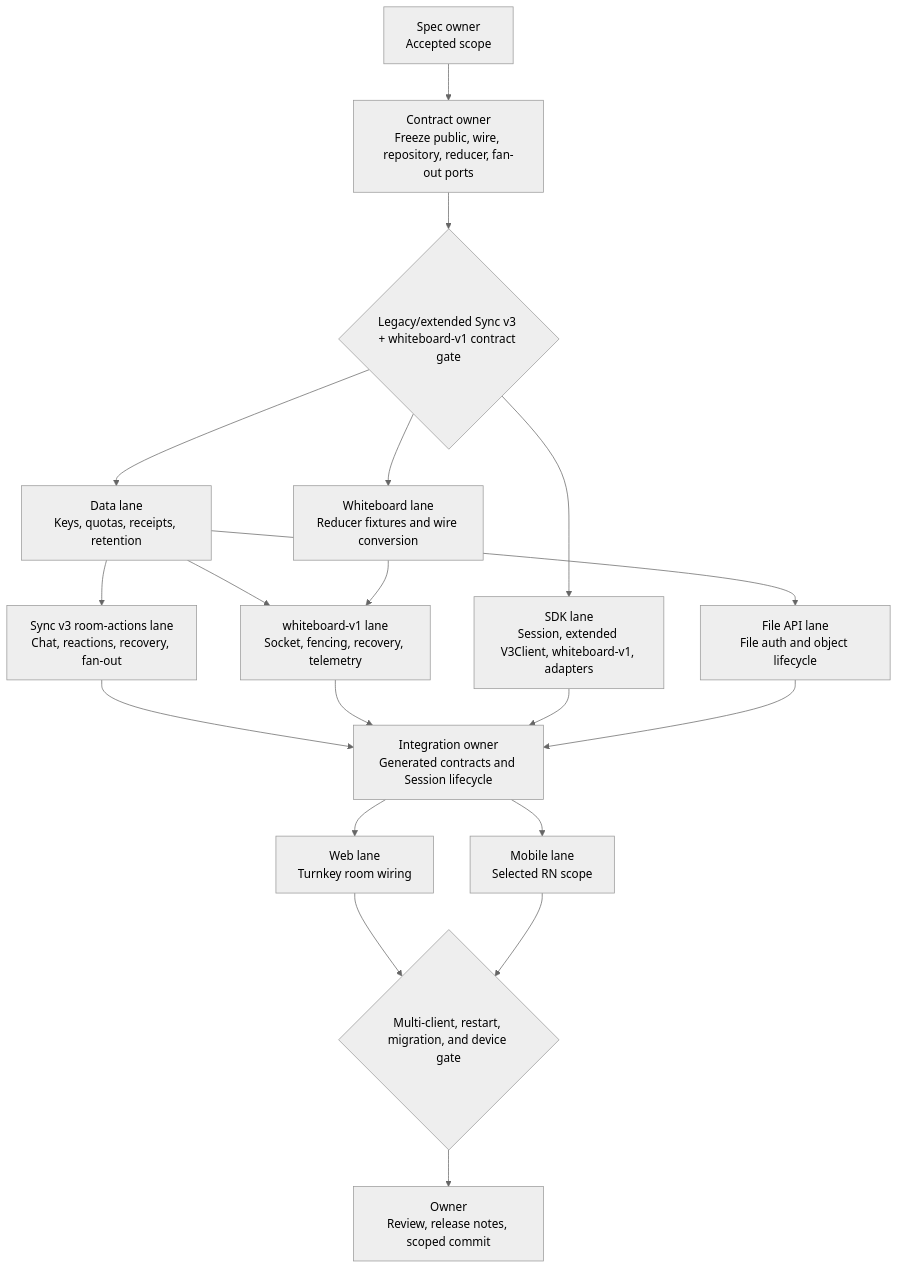
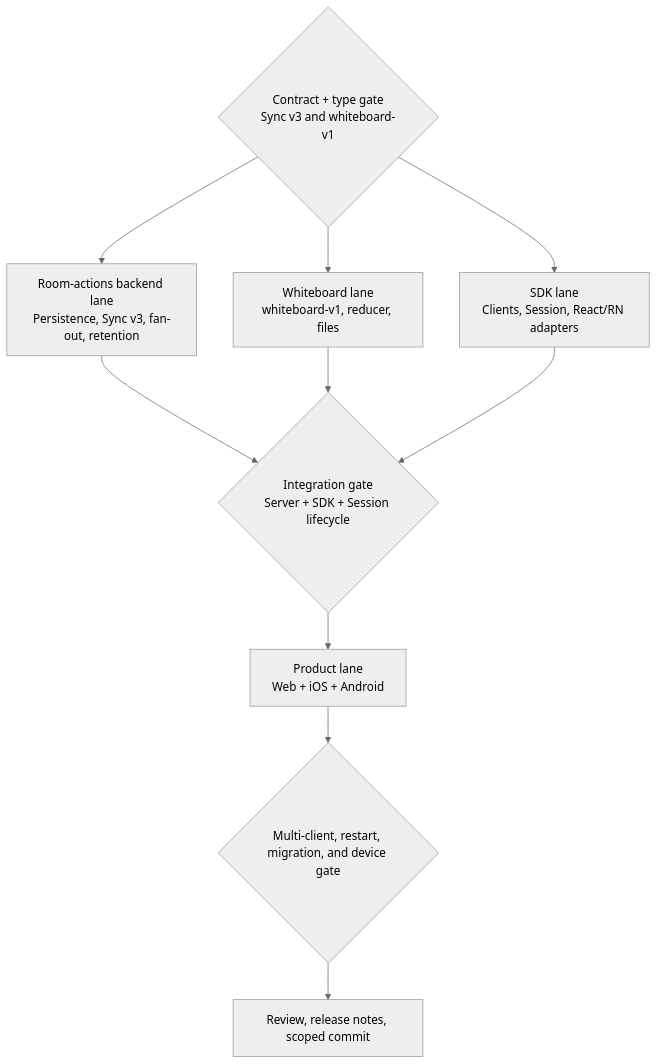
Before and after one commit to Q9Labs/chalk: the second of 2 diagrams in scratchpad/chalk-room-actions-spec-2026-07-29.md, drawn with Mermaid (neutral theme). The commit also changed other lines of this file and 3 other files, not shown here.

Commit message:
docs(spec): simplify room action work lanes

````diff
--- a/scratchpad/chalk-room-actions-spec-2026-07-29.md
+++ b/scratchpad/chalk-room-actions-spec-2026-07-29.md
@@ -1141,35 +1141,21 @@
 ```mermaid
 flowchart TD
-  D["Spec owner<br/>Accepted scope"]
-  F["Contract owner<br/>Freeze public, wire, repository, reducer, fan-out ports"]
-  G1{"Legacy/extended Sync v3 + whiteboard-v1 contract gate"}
-  DB["Data lane<br/>Keys, quotas, receipts, retention"]
-  ROOM["Sync v3 room-actions lane<br/>Chat, reactions, recovery, fan-out"]
-  BOARD["whiteboard-v1 lane<br/>Socket, fencing, recovery, telemetry"]
-  FILES["File API lane<br/>File auth and object lifecycle"]
-  SDK["SDK lane<br/>Session, extended V3Client, whiteboard-v1, adapters"]
-  WB["Whiteboard lane<br/>Reducer fixtures and wire conversion"]
-  INT["Integration owner<br/>Generated contracts and Session lifecycle"]
-  WEB["Web lane<br/>Turnkey room wiring"]
-  MOB["Mobile lane<br/>Selected RN scope"]
+  G1{"Contract + type gate<br/>Sync v3 and whiteboard-v1"}
+  BACKEND["Room-actions backend lane<br/>Persistence, Sync v3, fan-out, retention"]
+  WHITEBOARD["Whiteboard lane<br/>whiteboard-v1, reducer, files"]
+  SDK["SDK lane<br/>Clients, Session, React/RN adapters"]
+  INT{"Integration gate<br/>Server + SDK + Session lifecycle"}
+  PRODUCT["Product lane<br/>Web + iOS + Android"]
   G2{"Multi-client, restart, migration, and device gate"}
-  HANDOFF["Owner<br/>Review, release notes, scoped commit"]
+  HANDOFF["Review, release notes, scoped commit"]
 
-  D --> F --> G1
-  G1 --> DB
+  G1 --> BACKEND
+  G1 --> WHITEBOARD
   G1 --> SDK
-  G1 --> WB
-  DB --> ROOM
-  DB --> BOARD
-  WB --> BOARD
-  DB --> FILES
-  ROOM --> INT
-  BOARD --> INT
+  BACKEND --> INT
+  WHITEBOARD --> INT
   SDK --> INT
-  FILES --> INT
-  INT --> WEB
-  INT --> MOB
-  WEB --> G2
-  MOB --> G2
+  INT --> PRODUCT
+  PRODUCT --> G2
   G2 --> HANDOFF
 ```
````
